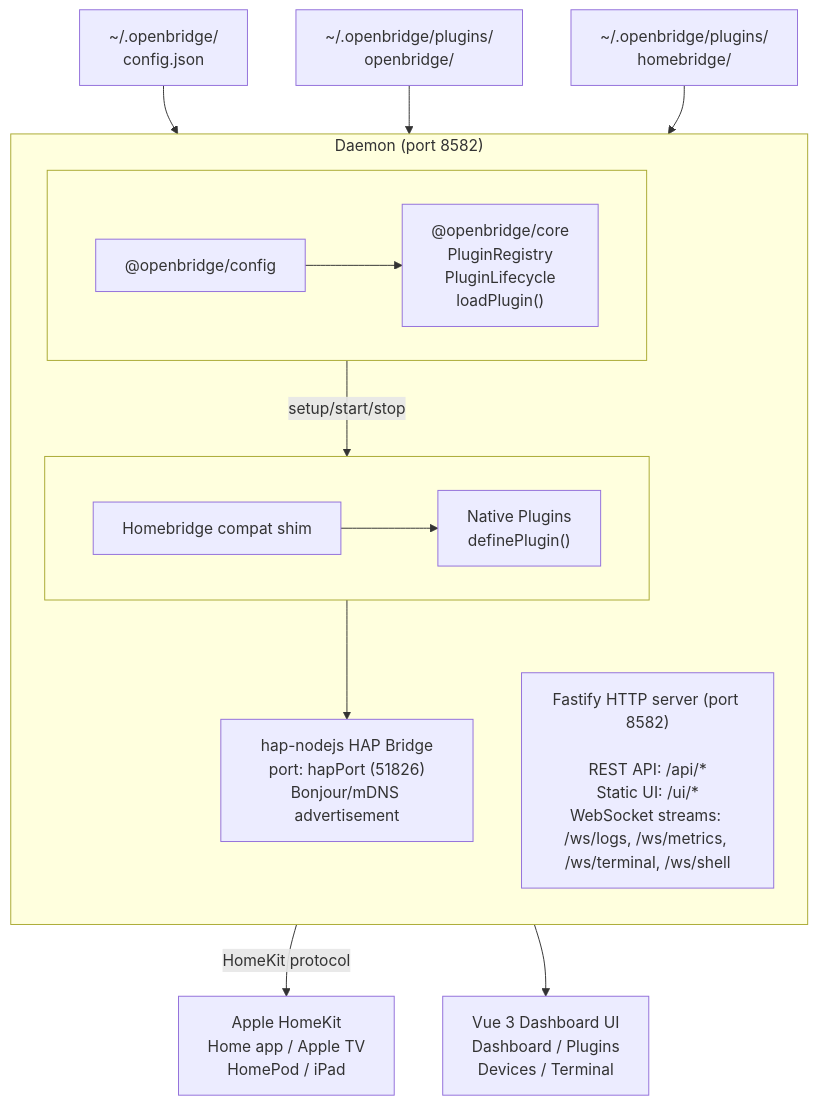
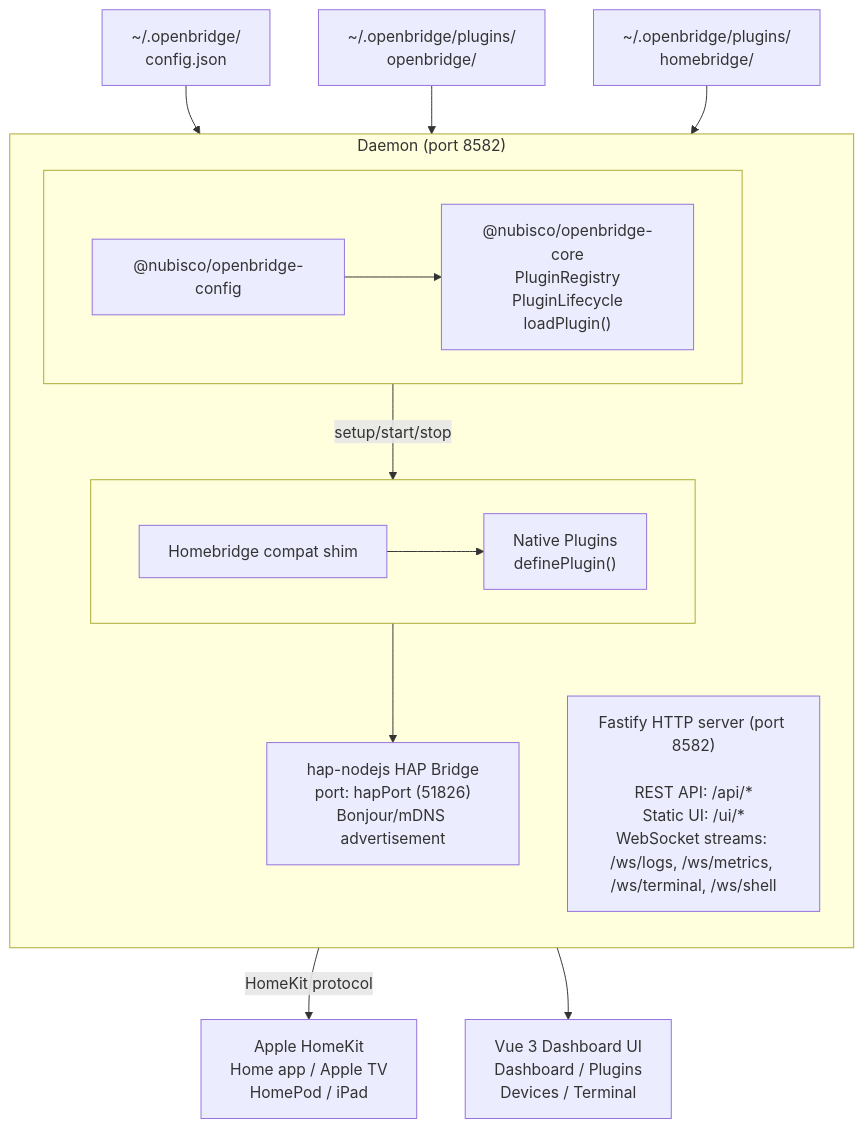
The diagram in apps/docs/docs/guide/architecture.md (nubisco/openbridge), drawn with Mermaid before and after one commit. The commit also changed other lines of this file and 30 other files, not shown here.

First line of the commit message:
feat: rename all packages from @openbridge/* to @nubisco/openbridge-*

````diff
--- a/apps/docs/docs/guide/architecture.md
+++ b/apps/docs/docs/guide/architecture.md
@@ -9,38 +9,38 @@
 ```mermaid
 flowchart TB
   configFile["~/.openbridge/<br/>config.json"]
   pluginsOpenbridge["~/.openbridge/plugins/<br/>openbridge/"]
   pluginsHomebridge["~/.openbridge/plugins/<br/>homebridge/"]
 
   subgraph daemon["Daemon (port 8582)"]
     direction TB
 
     subgraph daemonCoreRow[" "]
       direction LR
-      cfg["@openbridge/config"]
-      core["@openbridge/core<br/>PluginRegistry<br/>PluginLifecycle<br/>loadPlugin()"]
+      cfg["@nubisco/openbridge-config"]
+      core["@nubisco/openbridge-core<br/>PluginRegistry<br/>PluginLifecycle<br/>loadPlugin()"]
     end
 
     subgraph daemonPluginRow[" "]
       direction LR
       shim["Homebridge compat shim"]
       native["Native Plugins<br/>definePlugin()"]
     end
 
     hap["hap-nodejs HAP Bridge<br/>port: hapPort (51826)<br/>Bonjour/mDNS advertisement"]
     http["Fastify HTTP server (port 8582)<br/><br/>REST API: /api/*<br/>Static UI: /ui/*<br/>WebSocket streams: /ws/logs, /ws/metrics, /ws/terminal, /ws/shell"]
   end
 
   homekit["Apple HomeKit<br/>Home app / Apple TV<br/>HomePod / iPad"]
   ui["Vue 3 Dashboard UI<br/>Dashboard / Plugins<br/>Devices / Terminal"]
 
   configFile --> cfg
   cfg --> core
   pluginsOpenbridge --> core
   pluginsHomebridge --> shim
   shim --> native
   core -->|setup/start/stop| native
   native --> hap
   hap -->|HomeKit protocol| homekit
   http --> ui
 ```
````
